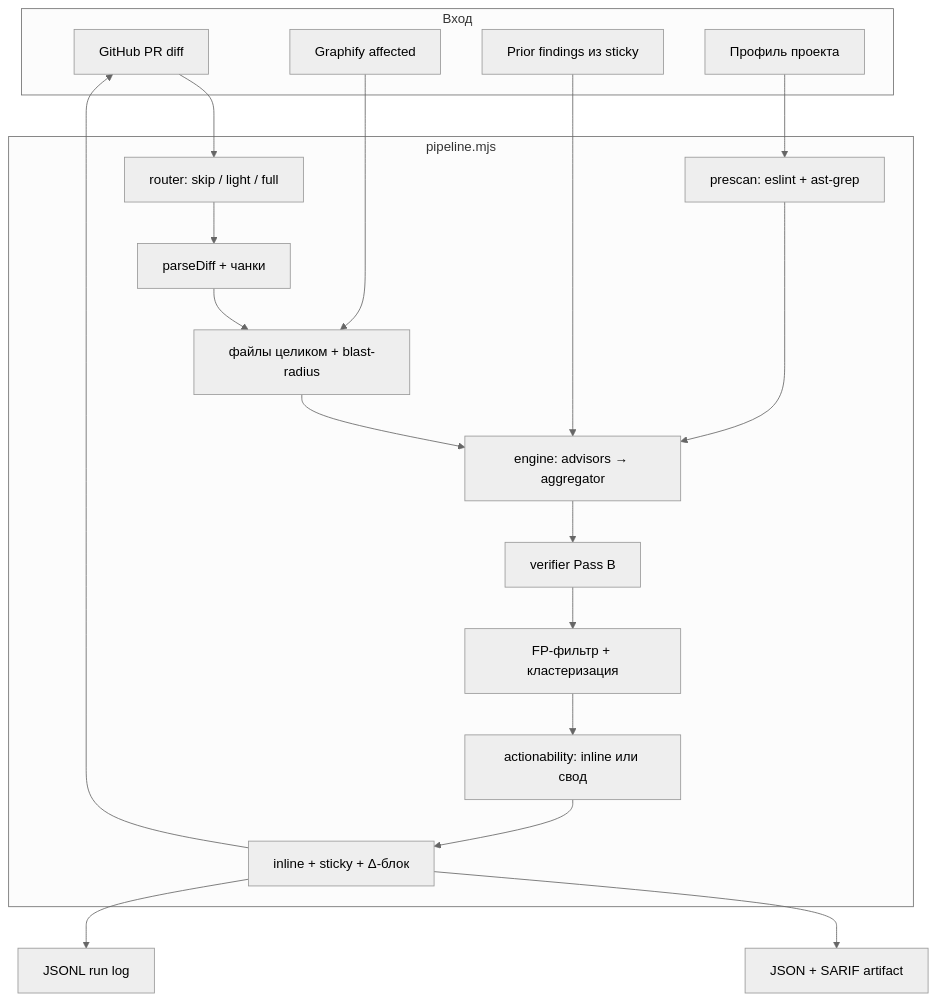
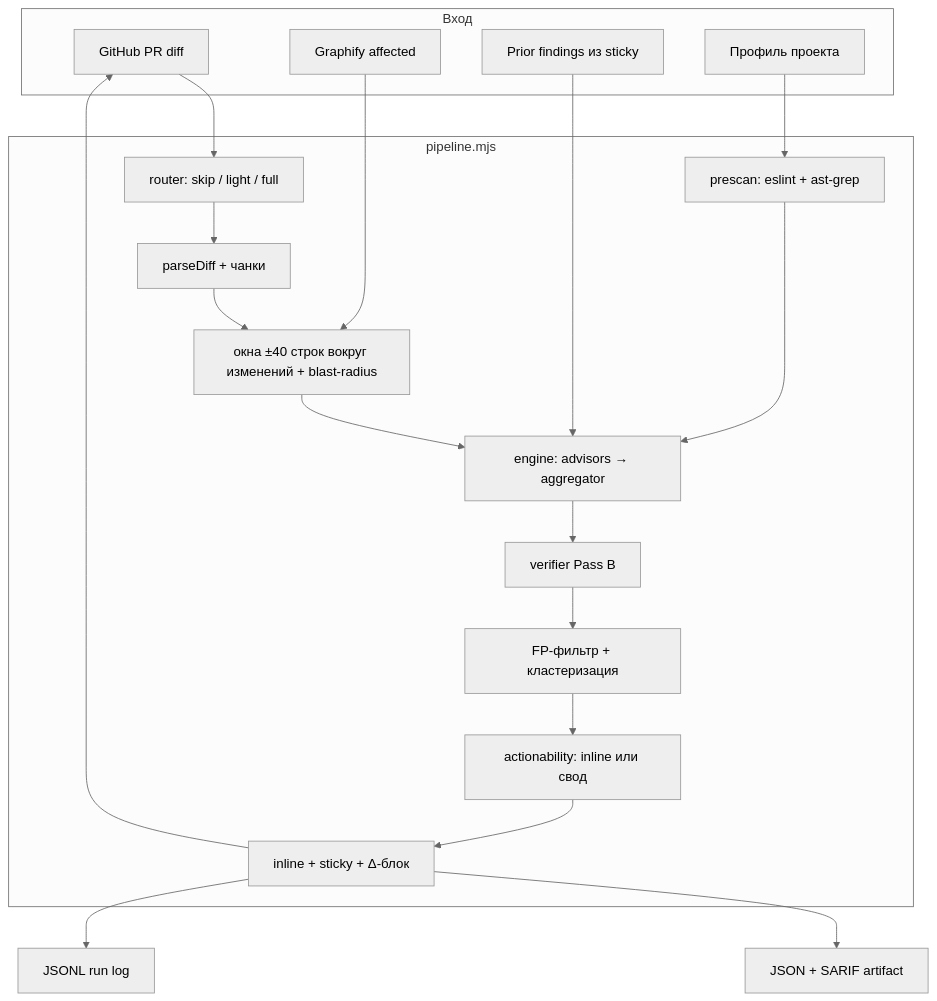
One commit to Orange-hanter/ai-reviewer changed the diagram in docs/architecture.md. Above: the diagram before and after it, drawn with Mermaid (neutral theme). The commit also changed other lines of this file and 21 other files, not shown here.

````diff
--- a/docs/architecture.md
+++ b/docs/architecture.md
@@ -21,30 +21,30 @@
 ```mermaid
 flowchart TB
   subgraph inputs [Вход]
     GH[GitHub PR diff]
     GF[Graphify affected]
     PRIOR[Prior findings из sticky]
     PROF[Профиль проекта]
   end
 
   subgraph pipeline [pipeline.mjs]
     ROUTE[router: skip / light / full]
     PARSE[parseDiff + чанки]
-    CTX[файлы целиком + blast-radius]
+    CTX[окна ±40 строк вокруг изменений + blast-radius]
     PRE[prescan: eslint + ast-grep]
     ENG[engine: advisors → aggregator]
     VER[verifier Pass B]
     FILT[FP-фильтр + кластеризация]
     ACT[actionability: inline или свод]
     OUT[inline + sticky + Δ-блок]
   end
 
   GH --> ROUTE --> PARSE --> CTX --> ENG
   GF --> CTX
   PROF --> PRE
   PRE --> ENG
   PRIOR --> ENG
   ENG --> VER --> FILT --> ACT --> OUT --> GH
   OUT --> EXP[JSON + SARIF artifact]
   OUT --> OBS[JSONL run log]
 ```
````
